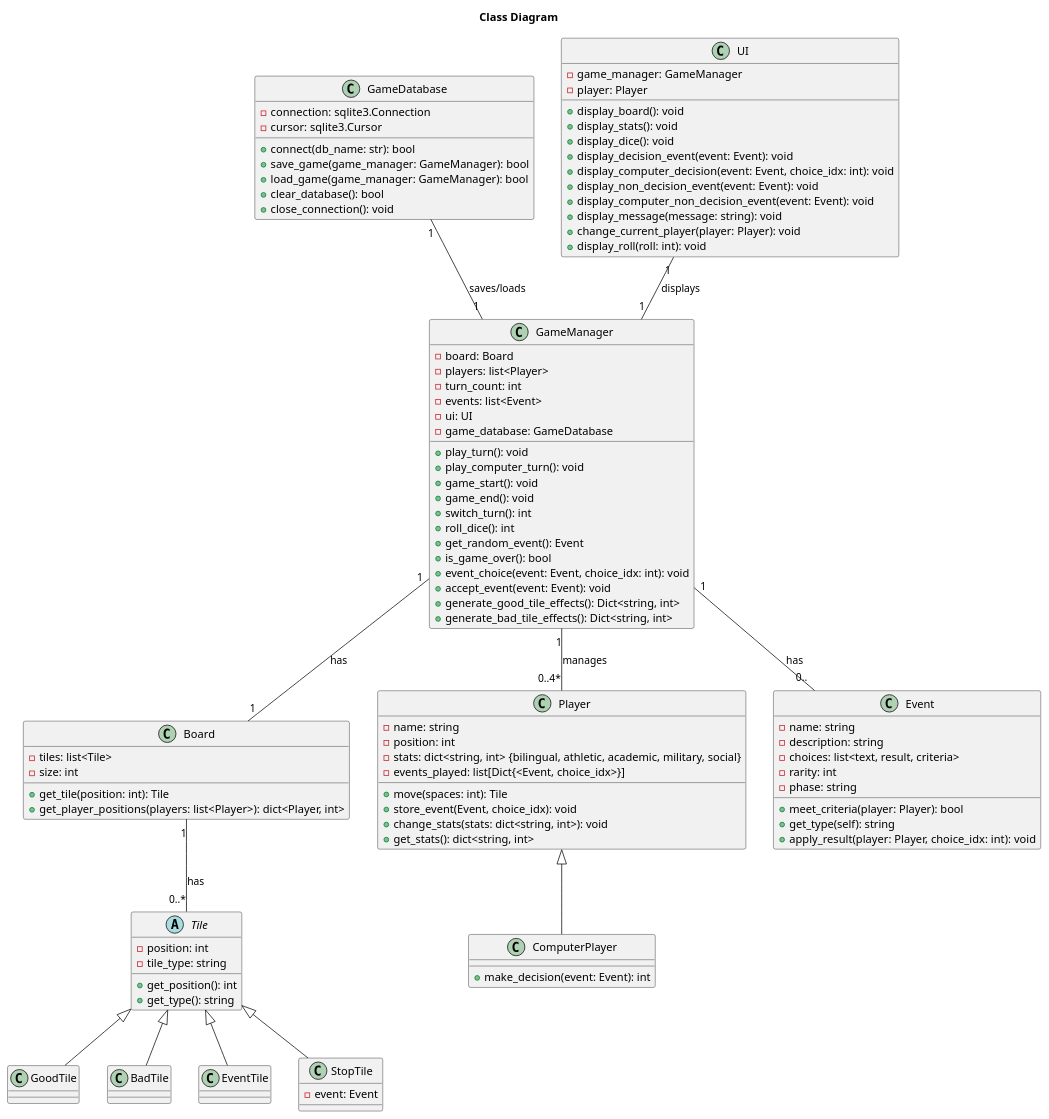
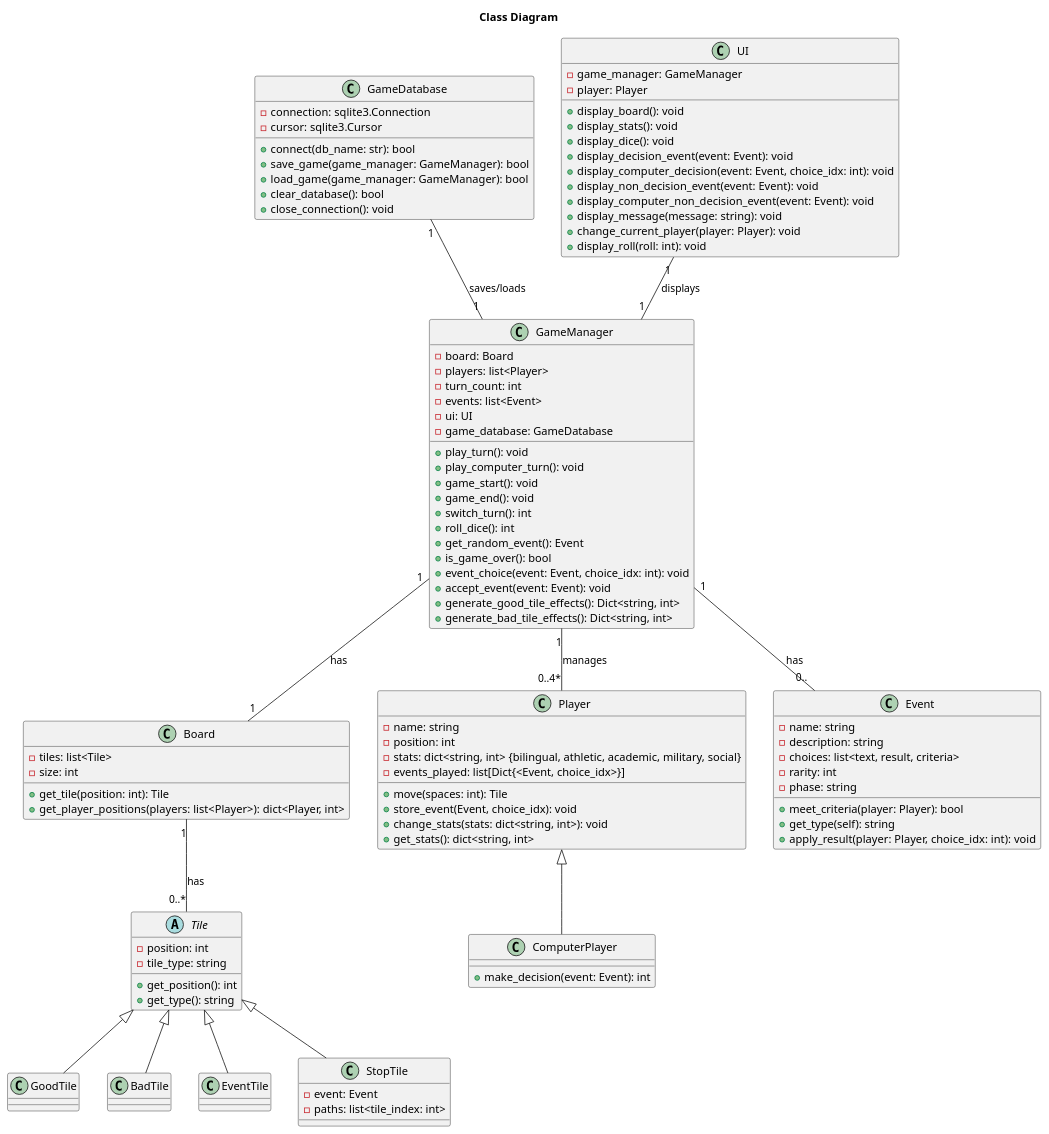
Before and after one commit to CSE-362-2025/BoardGameProject: the diagram in diagrams/class_diagram.puml, drawn with PlantUML. The commit also changed 5 other files, not shown here.

```diff
--- a/diagrams/class_diagram.puml
+++ b/diagrams/class_diagram.puml
@@ -1,140 +1,141 @@
 @startuml class_diagram
 title "Class Diagram"
 ' skinparam shadowing false
 ' skinparam classAttributeIconSize 0
 
 class GameDatabase {
     
     - connection: sqlite3.Connection
     - cursor: sqlite3.Cursor
 
     + connect(db_name: str): bool
     + save_game(game_manager: GameManager): bool
     + load_game(game_manager: GameManager): bool
     + clear_database(): bool
     + close_connection(): void
 
 }
 
 class Board {
 
     - tiles: list<Tile>
     - size: int
 
     + get_tile(position: int): Tile
     + get_player_positions(players: list<Player>): dict<Player, int>
 }
 
 abstract class Tile {
 
     - position: int
     - tile_type: string
 
     + get_position(): int
     + get_type(): string
 }
 
 class GoodTile {
 }
 
 class BadTile {
 }
 
 class EventTile {
 }
 
 class StopTile {
     - event: Event
+    - paths: list<tile_index: int>
 
 }
 
 class Player {
 
     - name: string
     - position: int
     - stats: dict<string, int> {bilingual, athletic, academic, military, social}
     - events_played: list[Dict{<Event, choice_idx>}]
 
     + move(spaces: int): Tile
     + store_event(Event, choice_idx): void
     + change_stats(stats: dict<string, int>): void
     + get_stats(): dict<string, int>
 
 }
 
 class ComputerPlayer {
 
     + make_decision(event: Event): int
 }
 
 class Event {
 
     - name: string
     - description: string
     - choices: list<text, result, criteria>
     - rarity: int
     - phase: string
 
     + meet_criteria(player: Player): bool
     + get_type(self): string
     + apply_result(player: Player, choice_idx: int): void
 }
 
 
 class GameManager {
 
     - board: Board
     - players: list<Player>
     - turn_count: int
     - events: list<Event>
     - ui: UI
     - game_database: GameDatabase
 
     + play_turn(): void
     + play_computer_turn(): void
     + game_start(): void
     + game_end(): void
     + switch_turn(): int
     + roll_dice(): int
     + get_random_event(): Event
     + is_game_over(): bool
     + event_choice(event: Event, choice_idx: int): void
     + accept_event(event: Event): void
     + generate_good_tile_effects(): Dict<string, int>
     + generate_bad_tile_effects(): Dict<string, int>
 }
 
 class UI {
 
     - game_manager: GameManager
     - player: Player
 
     + display_board(): void
     + display_stats(): void
     + display_dice(): void
     + display_decision_event(event: Event): void
     + display_computer_decision(event: Event, choice_idx: int): void
     + display_non_decision_event(event: Event): void
     + display_computer_non_decision_event(event: Event): void
     + display_message(message: string): void
     + change_current_player(player: Player): void
     + display_roll(roll: int): void
 }
 
 
 ' Relationships
 
 Board "1" -- "0..*" Tile : "has"
 GameDatabase "1" -- "1" GameManager : "saves/loads"
 GameManager "1" -- "0..4*" Player : "manages"
 GameManager "1" -- "1" Board : "has"
 GameManager "1" -- "0.." Event : "has"
 UI "1" -- "1" GameManager : "displays"
 Tile <|-- GoodTile
 Tile <|-- BadTile
 Tile <|-- EventTile
 Tile <|-- StopTile
 Player <|-- ComputerPlayer
 
 
 @enduml
```
